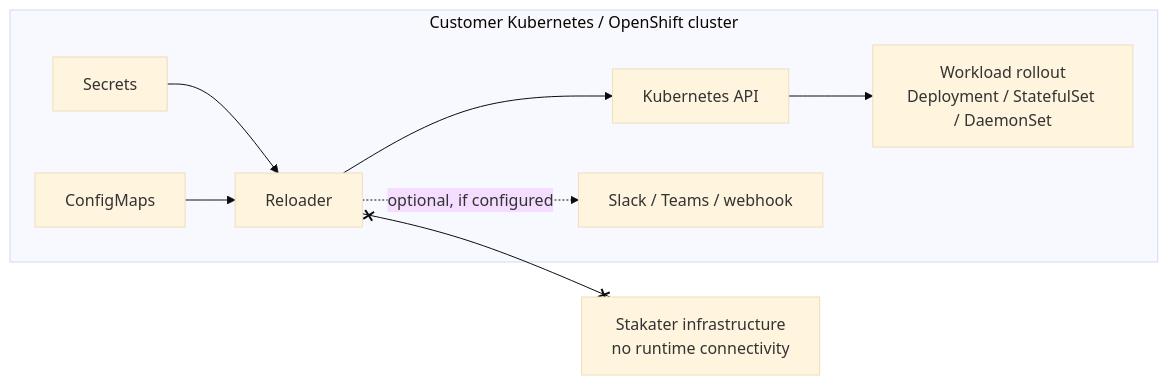
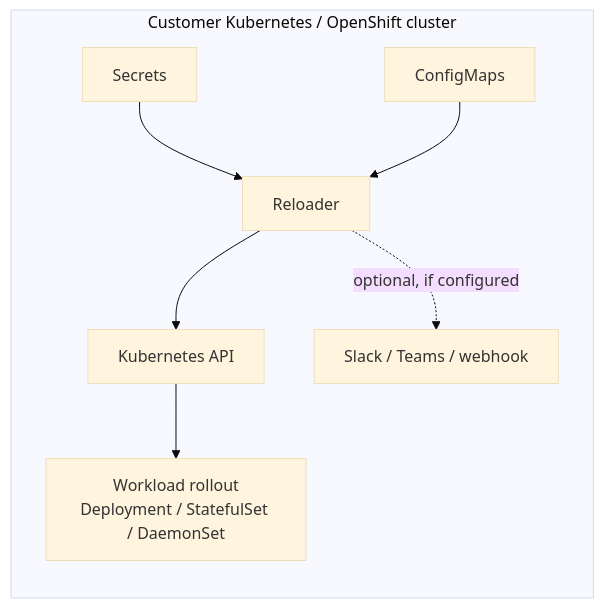
One commit to stakater/reloader-docs changed the diagram in content/security/index.md. Above: the diagram before and after it, drawn with Mermaid (base theme). The commit also changed other lines of this file and 1 other file, not shown here.

First line of the commit message:
fix spell check; drop low-value diagram nodes from security page

````diff
--- a/content/security/index.md
+++ b/content/security/index.md
@@ -48,11 +48,10 @@
 ```mermaid
 flowchart LR
     subgraph cluster["Customer Kubernetes / OpenShift cluster"]
         S[Secrets] --> R[Reloader]
         C[ConfigMaps] --> R
         R --> API[Kubernetes API]
         API --> W[Workload rollout<br/>Deployment / StatefulSet / DaemonSet]
         R -. "optional, if configured" .-> N[Slack / Teams / webhook]
     end
-    R x--x ST[Stakater infrastructure<br/>no runtime connectivity]
 ```
````
